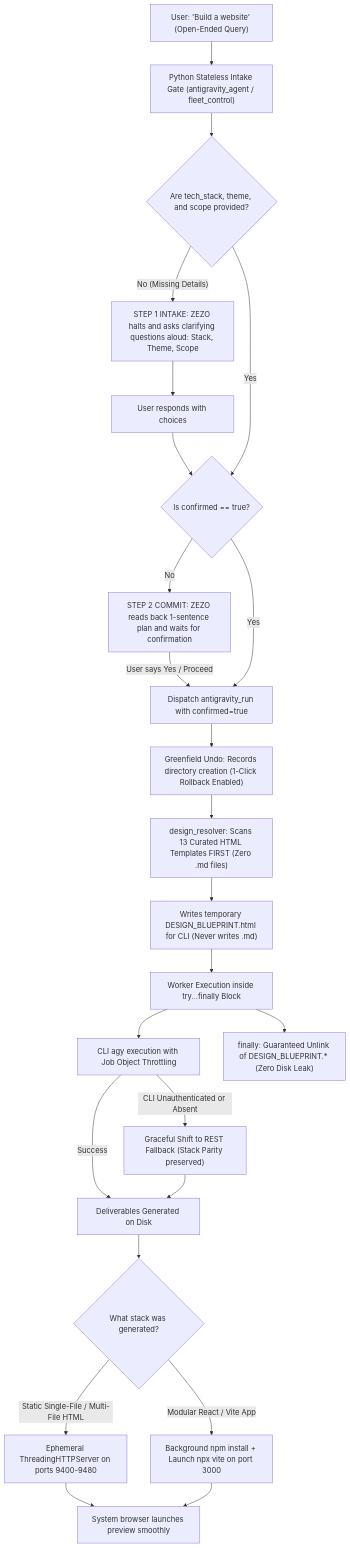
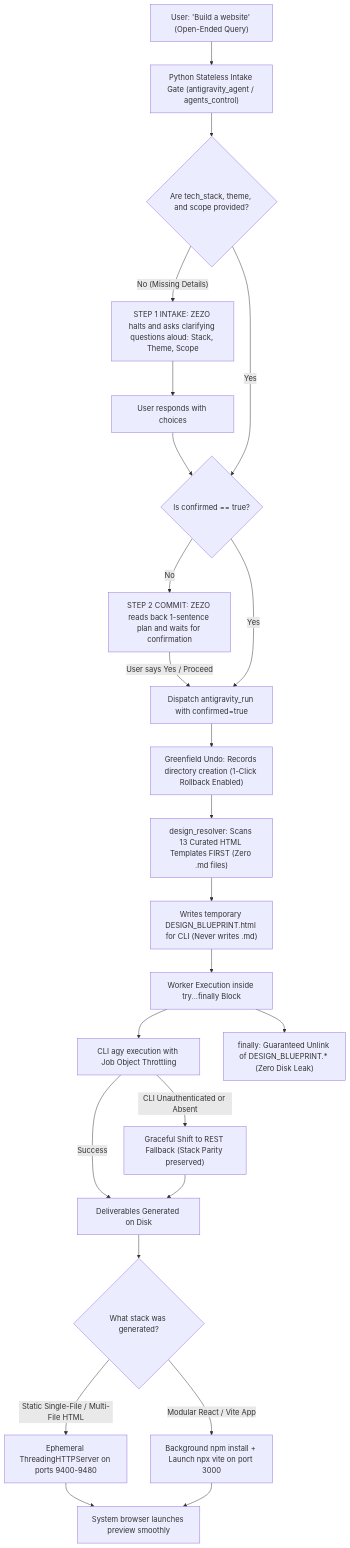
One commit to hamzabukhari07/jarvis-57 changed the second of 2 diagrams in planning/website build/GREENFIELD_WEBSITE_PIPELINE_ISSUES.md. Above: the diagram before and after it, drawn with Mermaid. The commit also changed other lines of this file and 103 other files, not shown here.

Commit message:
feat: replace fleet system with agents management, docs sync & UI updates

````diff
--- a/planning/website build/GREENFIELD_WEBSITE_PIPELINE_ISSUES.md
+++ b/planning/website build/GREENFIELD_WEBSITE_PIPELINE_ISSUES.md
@@ -52,26 +52,26 @@
 ```mermaid
 flowchart TD
-    A["User: 'Build a website' (Open-Ended Query)"] --> B["Python Stateless Intake Gate (antigravity_agent / fleet_control)"]
+    A["User: 'Build a website' (Open-Ended Query)"] --> B["Python Stateless Intake Gate (antigravity_agent / agents_control)"]
     B --> C{"Are tech_stack, theme, and scope provided?"}
     C -- "No (Missing Details)" --> D["STEP 1 INTAKE: ZEZO halts and asks clarifying questions aloud: Stack, Theme, Scope"]
     D --> E["User responds with choices"]
     E --> F{"Is confirmed == true?"}
     C -- "Yes" --> F
     F -- "No" --> G["STEP 2 COMMIT: ZEZO reads back 1-sentence plan and waits for confirmation"]
     G -- "User says Yes / Proceed" --> H["Dispatch antigravity_run with confirmed=true"]
     F -- "Yes" --> H
     H --> I["Greenfield Undo: Records directory creation (1-Click Rollback Enabled)"]
     I --> J["design_resolver: Scans 13 Curated HTML Templates FIRST (Zero .md files)"]
     J --> K["Writes temporary DESIGN_BLUEPRINT.html for CLI (Never writes .md)"]
     K --> L["Worker Execution inside try...finally Block"]
     L --> M["CLI agy execution with Job Object Throttling"]
     M -- "CLI Unauthenticated or Absent" --> N["Graceful Shift to REST Fallback (Stack Parity preserved)"]
     M -- "Success" --> O["Deliverables Generated on Disk"]
     N --> O
     L --> P["finally: Guaranteed Unlink of DESIGN_BLUEPRINT.* (Zero Disk Leak)"]
     O --> Q{"What stack was generated?"}
     Q -- "Static Single-File / Multi-File HTML" --> R["Ephemeral ThreadingHTTPServer on ports 9400-9480"]
     Q -- "Modular React / Vite App" --> S["Background npm install + Launch npx vite on port 3000"]
     R --> T["System browser launches preview smoothly"]
     S --> T
 ```
````
